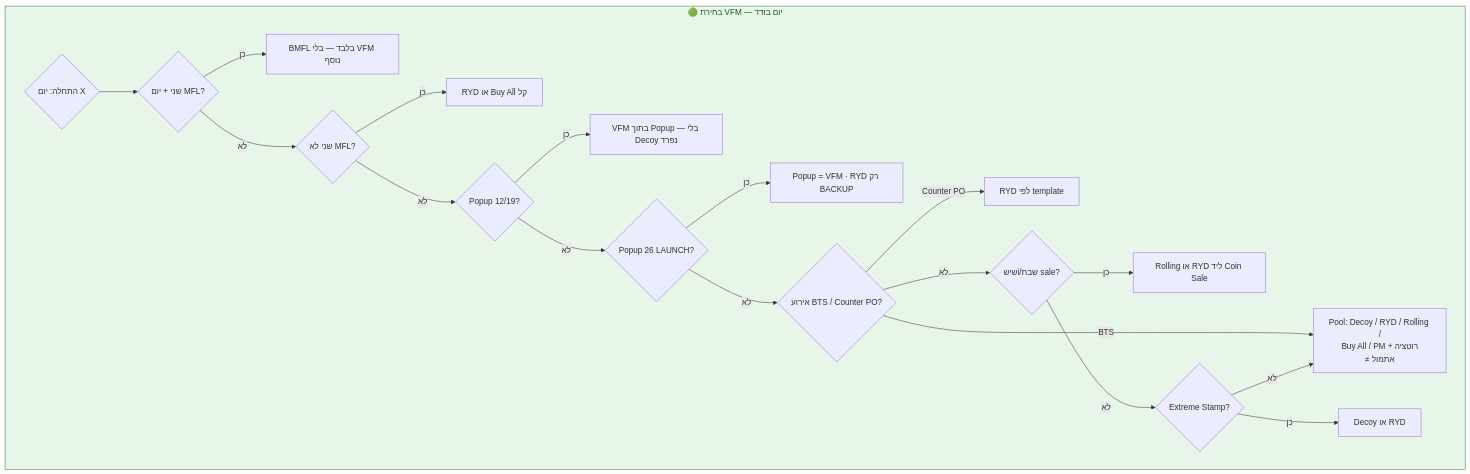
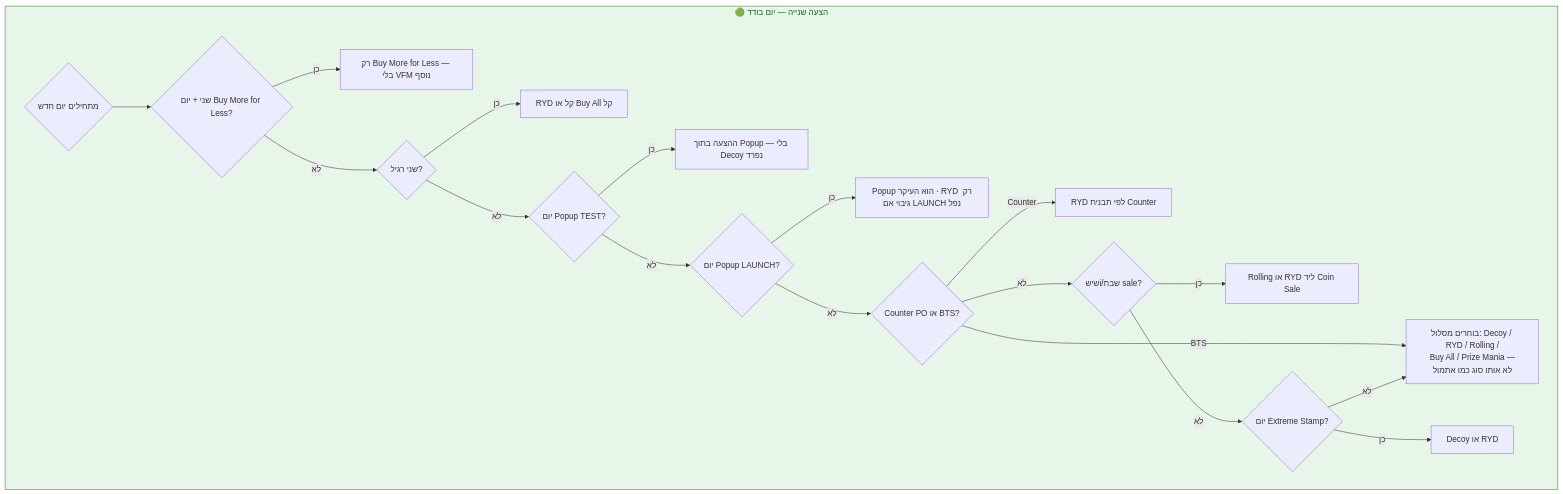
Before and after one commit to ppuregoldz-arch/slotomania-mm-calendar: the second of 2 diagrams in mm_calendar/documentation/MONTH_BUILD_DECISION_TREE_COLORED_HE.md, drawn with Mermaid. The commit also changed other lines of this file and 2 other files, not shown here.

````diff
--- a/mm_calendar/documentation/MONTH_BUILD_DECISION_TREE_COLORED_HE.md
+++ b/mm_calendar/documentation/MONTH_BUILD_DECISION_TREE_COLORED_HE.md
@@ -155,40 +351,40 @@
 ```mermaid
 flowchart TD
-  subgraph VFM["🟢 בחירת VFM — יום בודד"]
-    V0{"התחלה: יום X"}
-    V1{"שני + יום MFL?"}
-    V2{"שני לא MFL?"}
-    V3{"Popup 12/19?"}
-    V4{"Popup 26 LAUNCH?"}
-    V5{"אירוע BTS / Counter PO?"}
+  subgraph VFM["🟢 הצעה שנייה — יום בודד"]
+    V0{"מתחילים יום חדש"}
+    V1{"שני + יום Buy More for Less?"}
+    V2{"שני רגיל?"}
+    V3{"יום Popup TEST?"}
+    V4{"יום Popup LAUNCH?"}
+    V5{"Counter PO או BTS?"}
     V6{"שישi/שבת sale?"}
-    V7{"Extreme Stamp?"}
-    V8["Pool: Decoy / RYD / Rolling /<br/>Buy All / PM + רוטציה<br/>≠ אתמול"]
-    R1["BMFL בלבד — בלי VFM נוסף"]
-    R2["RYD או Buy All קל"]
-    R3["VFM בתוך Popup — בלי Decoy נפרד"]
-    R4["Popup = VFM · RYD רק BACKUP"]
-    R5["RYD לפי template"]
+    V7{"יום Extreme Stamp?"}
+    V8["בוחרים מסלול: Decoy / RYD / Rolling /<br/>Buy All / Prize Mania —<br/>לא אותו סוג כמו אתמול"]
+    R1["רק Buy More for Less — בלי VFM נוסף"]
+    R2["RYD קל או Buy All קל"]
+    R3["ההצעה בתוך Popup — בלי Decoy נפרד"]
+    R4["Popup הוא העיקר · RYD רק גיבוי אם LAUNCH נפל"]
+    R5["RYD לפי תבנית Counter"]
     R6["Rolling או RYD ליד Coin Sale"]
     R7["Decoy או RYD"]
   end
 
   V0 --> V1
   V1 -->|כן| R1
   V1 -->|לא| V2
   V2 -->|כן| R2
   V2 -->|לא| V3
   V3 -->|כן| R3
   V3 -->|לא| V4
   V4 -->|כן| R4
   V4 -->|לא| V5
-  V5 -->|Counter PO| R5
+  V5 -->|Counter| R5
   V5 -->|BTS| V8
   V5 -->|לא| V6
   V6 -->|כן| R6
   V6 -->|לא| V7
   V7 -->|כן| R7
   V7 -->|לא| V8
 
   style VFM fill:#E8F5E9,stroke:#2E7D32,color:#1B5E20
 ```
````
